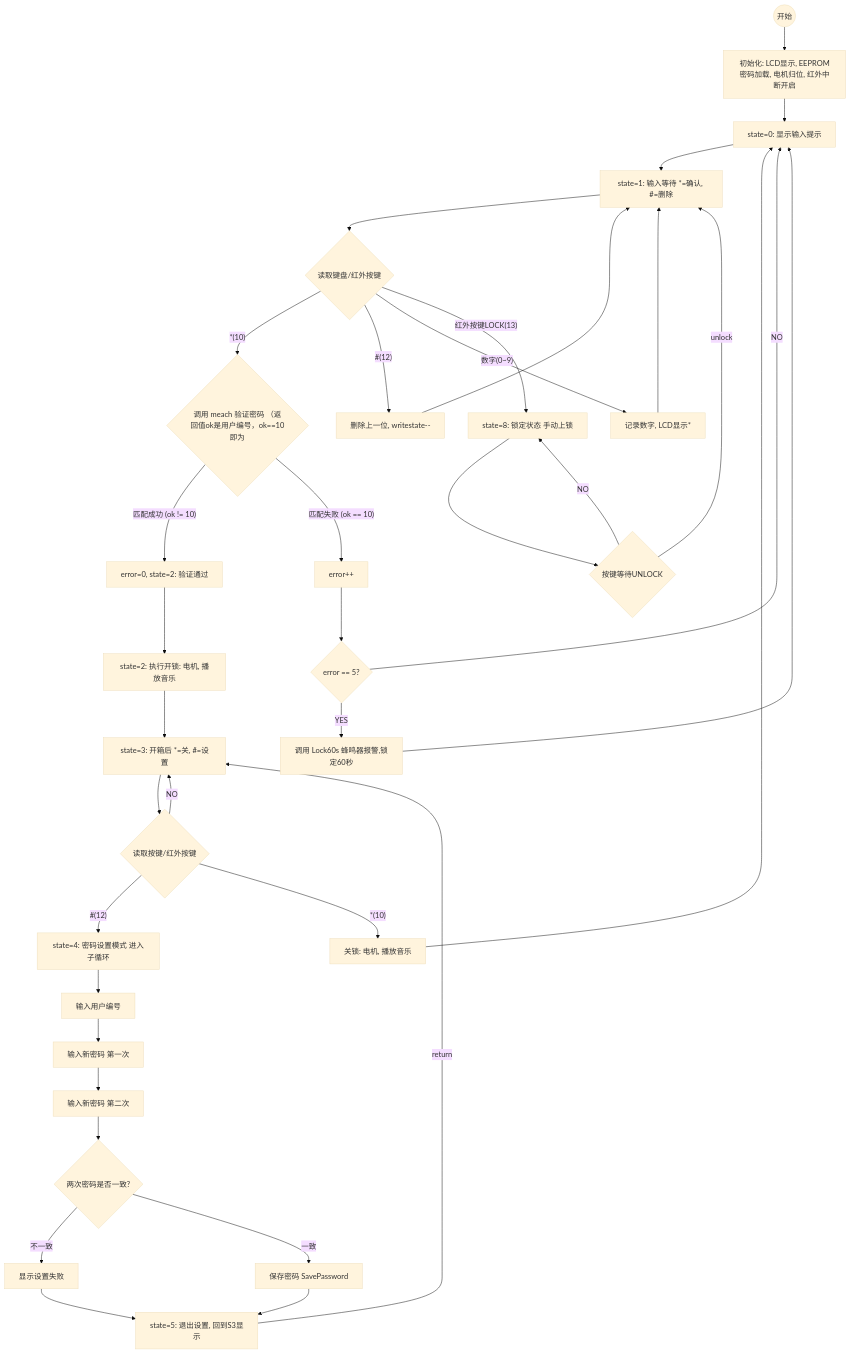
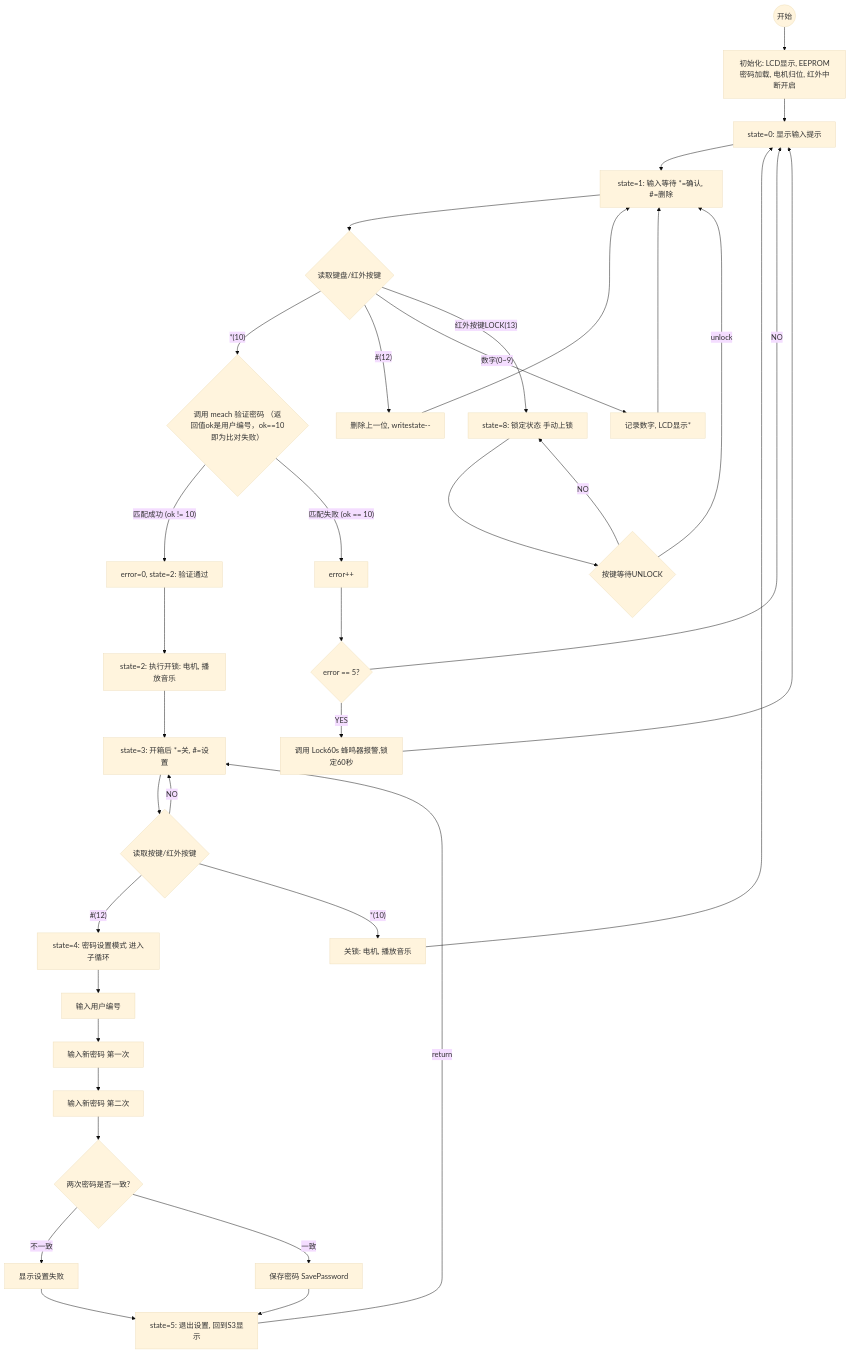
Before and after one commit to ksxyh-22/iodraw-files: the diagram in all/未命名-2.md, drawn with Mermaid (base theme).

Commit message:
2025-10-11 11:35:21 update

````diff
--- a/all/未命名-2.md
+++ b/all/未命名-2.md
@@ -1,80 +1,80 @@
 ```mermaid
 graph TD
     %% 状态机主流程
     START((开始)) --> INIT[初始化: LCD显示, EEPROM密码加载, 电机归位, 红外中断开启];
     INIT --> S0[state=0: 显示输入提示];
 
     %% 状态 1: 密码输入与验证 (主流程)
     S0 --> S1[state=1: 输入等待 *=确认, #=删除];
     
     S1 --> INPUT{读取键盘/红外按键};
     
     %% 验证分支
-    INPUT -- *(10) --> VERIFY{调用 meach 验证密码 （返回值ok是用户编号，ok==10即为};
+    INPUT -- *(10) --> VERIFY{调用 meach 验证密码 （返回值ok是用户编号，ok==10即为比对失败）};
 
 
     INPUT -- #(12) --> DELETE[删除上一位, writestate--];
     DELETE --> S1;
 
     
 
     %% 处理输入分支
     INPUT -- 数字(0~9) --> DIGIT[记录数字, LCD显示*];
     DIGIT --> S1;
 
     
 
     
 
     
     VERIFY -- 匹配成功 (ok != 10) --> S2_SUCCESS[error=0, state=2: 验证通过];
     
     %% 失败和错误处理 (分支到右侧)
     VERIFY -- 匹配失败 (ok == 10) --> ERROR_COUNT[error++];
     
     ERROR_COUNT --> CHECK_ERRORS{error == 5?};
     
     CHECK_ERRORS -- NO --> S0;
 
     CHECK_ERRORS -- YES --> LOCK_60s[调用 Lock60s 蜂鸣器报警,锁定60秒];
     LOCK_60s --> S0;
 
     %% 状态 2, 3, 5: 开锁后的操作 (主流程)
     S2_SUCCESS --> S2_OPEN[state=2: 执行开锁: 电机, 播放音乐];
     S2_OPEN --> S3[state=3: 开箱后 *=关, #=设置];
 
     S3 --> POST_KEY{读取按键/红外按键};
     
     POST_KEY -- NO --> S3;
     
     POST_KEY -- #(12) --> S4[state=4: 密码设置模式 进入子循环];
 
     POST_KEY -- *(10) --> S3_CLOSE[关锁: 电机, 播放音乐];
     S3_CLOSE --> S0;
     
     
 
     %% 状态 4: 密码设置 (子流程)
     S4 --> S4_USER[输入用户编号];
     S4_USER --> S4_PASS1[输入新密码 第一次];
     S4_PASS1 --> S4_PASS2[输入新密码 第二次];
 
     S4_PASS2 --> S4_CHECK{两次密码是否一致?};
     
     S4_CHECK -- 不一致 --> S4_FAIL[显示设置失败];
     S4_FAIL --> S5[state=5: 退出设置, 回到S3显示];
 
     S4_CHECK -- 一致 --> S4_SAVE[保存密码 SavePassword];
     S4_SAVE --> S5;
     
     S5 -- return --> S3; 
     
     %% 手动锁定 (分支到右侧)
     INPUT -- 红外按键LOCK(13) --> S8;
 
     %% 状态 8: 锁定状态 (独立循环)
     S8[state=8: 锁定状态 手动上锁] --> S8_WAIT{按键等待UNLOCK};
     
     S8_WAIT -- NO --> S8;
     S8_WAIT -- unlock --> S1;
 ```
````
